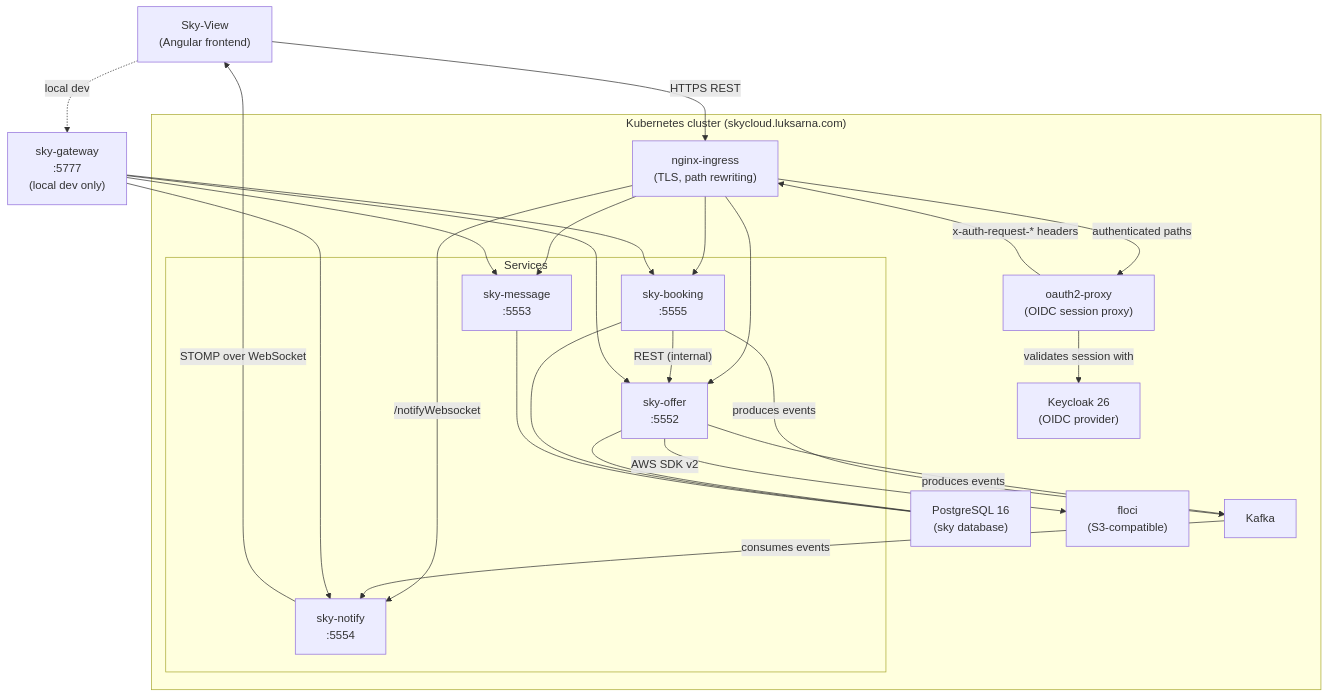
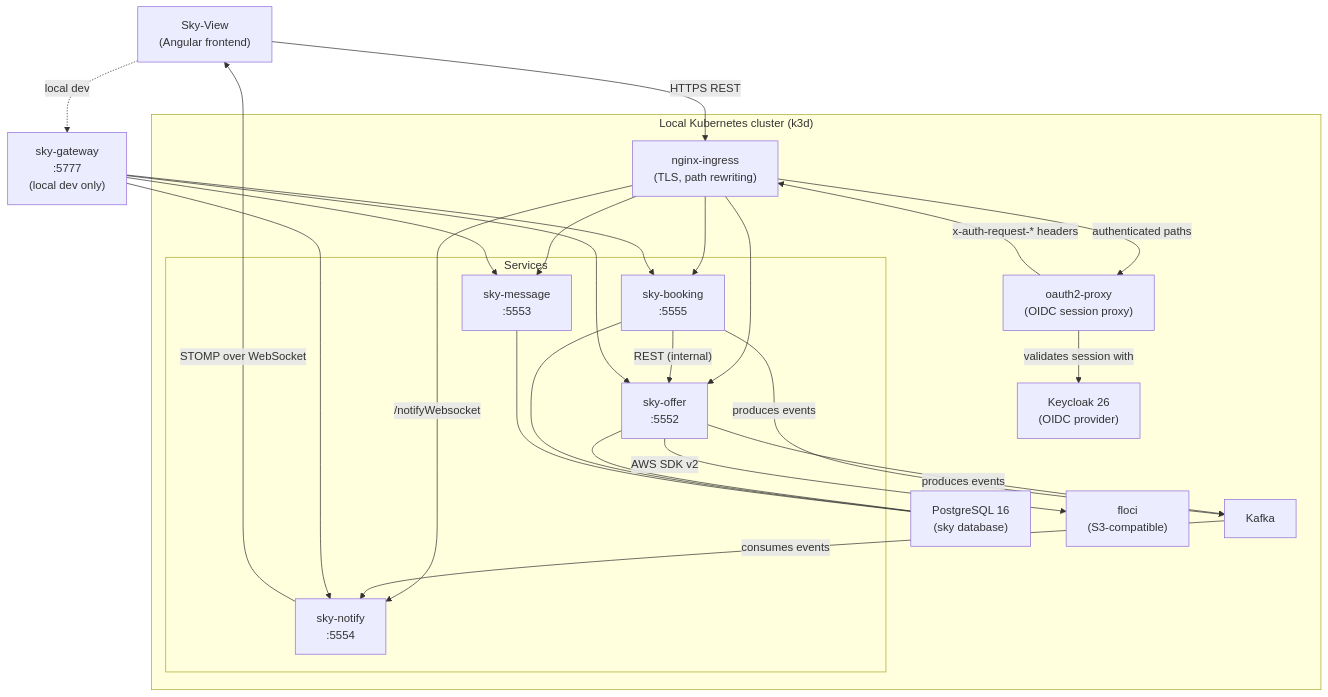
Before and after one commit to Lukk17/sky: the first of 2 diagrams in README.md, drawn with Mermaid. The commit also changed other lines of this file and 624 other files, not shown here.

````diff
--- a/README.md
+++ b/README.md
@@ -63,64 +75,64 @@
 ```mermaid
 graph TB
     accTitle: Sky system architecture
     accDescr: Angular frontend, nginx-ingress, oauth2-proxy, four backend services, Kafka, PostgreSQL and the floci object store in a Kubernetes cluster, plus the local-development gateway
 
     FE["Sky-View
     (Angular frontend)"]
 
-    subgraph CLUSTER["Kubernetes cluster (skycloud.luksarna.com)"]
+    subgraph CLUSTER["Local Kubernetes cluster (k3d)"]
         KC["Keycloak 26
         (OIDC provider)"]
         GW["oauth2-proxy
         (OIDC session proxy)"]
         NGINX["nginx-ingress
         (TLS, path rewriting)"]
 
         subgraph Services["Services"]
             OFFER["sky-offer
             :5552"]
             BOOKING["sky-booking
             :5555"]
             MESSAGE["sky-message
             :5553"]
             NOTIFY["sky-notify
             :5554"]
         end
 
         KAFKA["Kafka"]
         PG["PostgreSQL 16
         (sky database)"]
         S3STORE["floci
         (S3-compatible)"]
     end
 
     LOCAL["sky-gateway
     :5777
     (local dev only)"]
 
     FE -- "HTTPS REST" --> NGINX
     NGINX -- "authenticated paths" --> GW
     GW -- "validates session with" --> KC
     GW -- "x-auth-request-* headers" --> NGINX
     NGINX --> OFFER
     NGINX --> BOOKING
     NGINX --> MESSAGE
     NGINX -- "/notifyWebsocket" --> NOTIFY
 
     OFFER -- "produces events" --> KAFKA
     BOOKING -- "produces events" --> KAFKA
     KAFKA -- "consumes events" --> NOTIFY
     NOTIFY -- "STOMP over WebSocket" --> FE
 
     OFFER --- PG
     BOOKING --- PG
     MESSAGE --- PG
     BOOKING -- "REST (internal)" --> OFFER
     OFFER -- "AWS SDK v2" --> S3STORE
 
     FE -. "local dev" .-> LOCAL
     LOCAL --> OFFER
     LOCAL --> BOOKING
     LOCAL --> MESSAGE
     LOCAL --> NOTIFY
 ```
````
